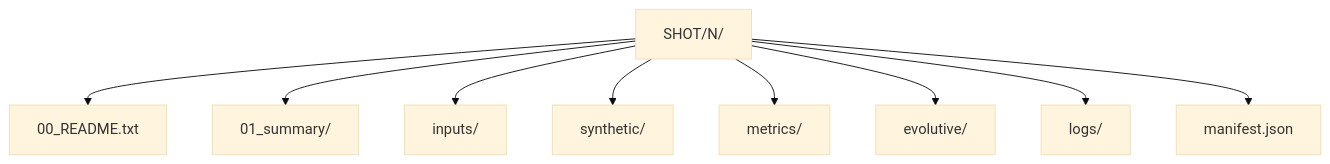
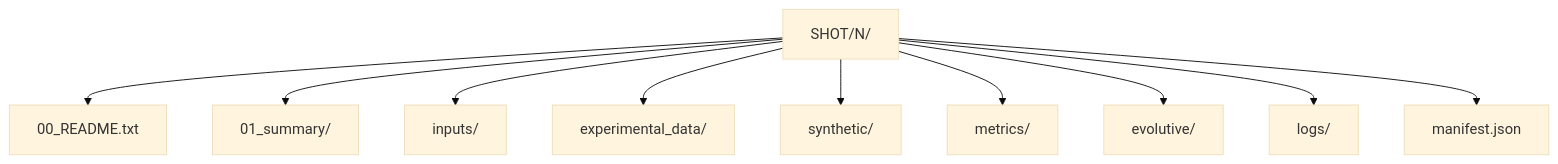
One commit to afshin-arj/Fair-MAST-to-FreeGSNKE-Conversion-tool changed the third of 3 diagrams in README.md. Above: the diagram before and after it, drawn with Mermaid (base theme). The commit also changed other lines of this file and 13 other files, not shown here.

First line of the commit message:
feat: SHOT experimental_data pack with categorized CSV and portable plots (v11.5.0)

````diff
--- a/README.md
+++ b/README.md
@@ -113,12 +114,13 @@
 ```mermaid
 flowchart TB
   R["SHOT/N/"]
   R --> R0["00_README.txt"]
   R --> R1["01_summary/"]
   R --> IN["inputs/"]
+  R --> ED["experimental_data/"]
   R --> SYN["synthetic/"]
   R --> MET["metrics/"]
   R --> EV["evolutive/"]
   R --> LOG["logs/"]
   R --> MAN["manifest.json"]
 ```
````
